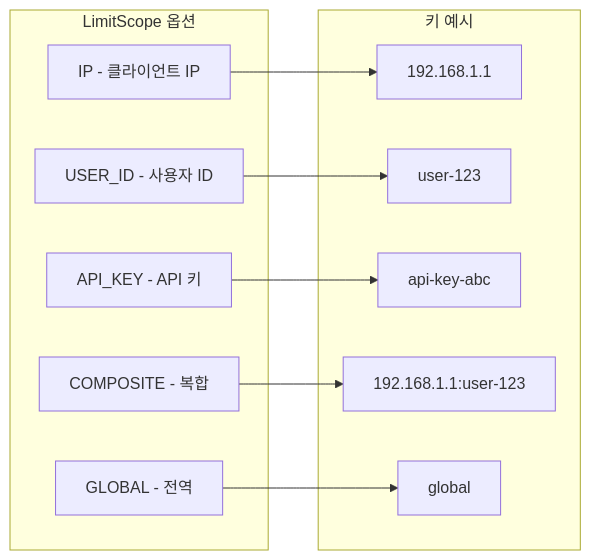
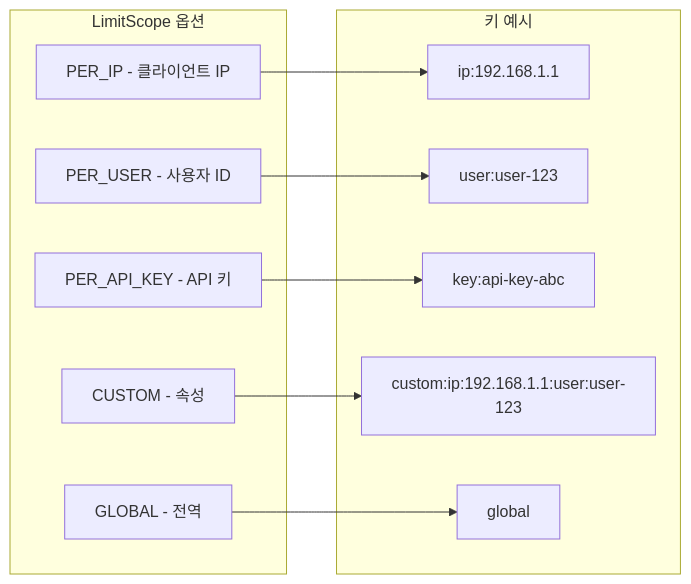
The ninth of 11 diagrams in docs/ko/architecture/README.ko.md (OpenFluxGate/fluxgate), drawn with Mermaid before and after one commit. The commit also changed other lines of this file and 33 other files, not shown here.

Commit message:
docs: 0.4 README, CHANGELOG, migration guide and architecture docs (EN/KO)

````diff
--- a/docs/ko/architecture/README.ko.md
+++ b/docs/ko/architecture/README.ko.md
@@ -696,24 +735,24 @@
 ```mermaid
 flowchart LR
     subgraph Scopes["LimitScope 옵션"]
-        IP[IP - 클라이언트 IP]
-        USER[USER_ID - 사용자 ID]
-        API[API_KEY - API 키]
-        COMP[COMPOSITE - 복합]
+        IP[PER_IP - 클라이언트 IP]
+        USER[PER_USER - 사용자 ID]
+        API[PER_API_KEY - API 키]
+        COMP[CUSTOM - 속성]
         GLOBAL[GLOBAL - 전역]
     end
 
     subgraph Examples["키 예시"]
-        E1["192.168.1.1"]
-        E2["user-123"]
-        E3["api-key-abc"]
-        E4["192.168.1.1:user-123"]
+        E1["ip:192.168.1.1"]
+        E2["user:user-123"]
+        E3["key:api-key-abc"]
+        E4["custom:ip:192.168.1.1:user:user-123"]
         E5["global"]
     end
 
     IP --> E1
     USER --> E2
     API --> E3
     COMP --> E4
     GLOBAL --> E5
 ```
````
